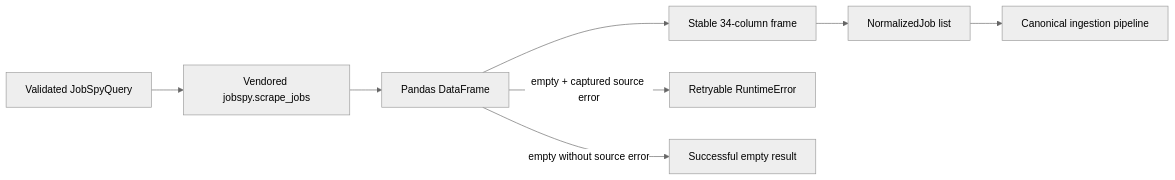
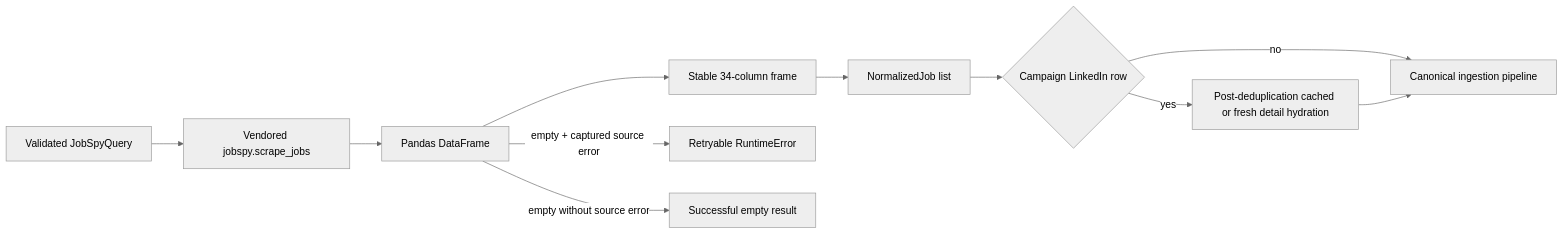
One commit to KaiusJin/WeCanFindIntern changed the diagram in docs/JOBSPY_INTEGRATION.md. Above: the diagram before and after it, drawn with Mermaid (neutral theme). The commit also changed other lines of this file and 17 other files, not shown here.

````diff
--- a/docs/JOBSPY_INTEGRATION.md
+++ b/docs/JOBSPY_INTEGRATION.md
@@ -5,10 +5,13 @@
 ```mermaid
 flowchart LR
     Q[Validated JobSpyQuery] --> V[Vendored jobspy.scrape_jobs]
     V --> D[Pandas DataFrame]
     D --> S[Stable 34-column frame]
     S --> N[NormalizedJob list]
-    N --> C[Canonical ingestion pipeline]
+    N --> L{Campaign LinkedIn row}
+    L -->|yes| H[Post-deduplication cached or fresh detail hydration]
+    L -->|no| C[Canonical ingestion pipeline]
+    H --> C
     D -->|empty + captured source error| E[Retryable RuntimeError]
     D -->|empty without source error| Z[Successful empty result]
 ```
````
